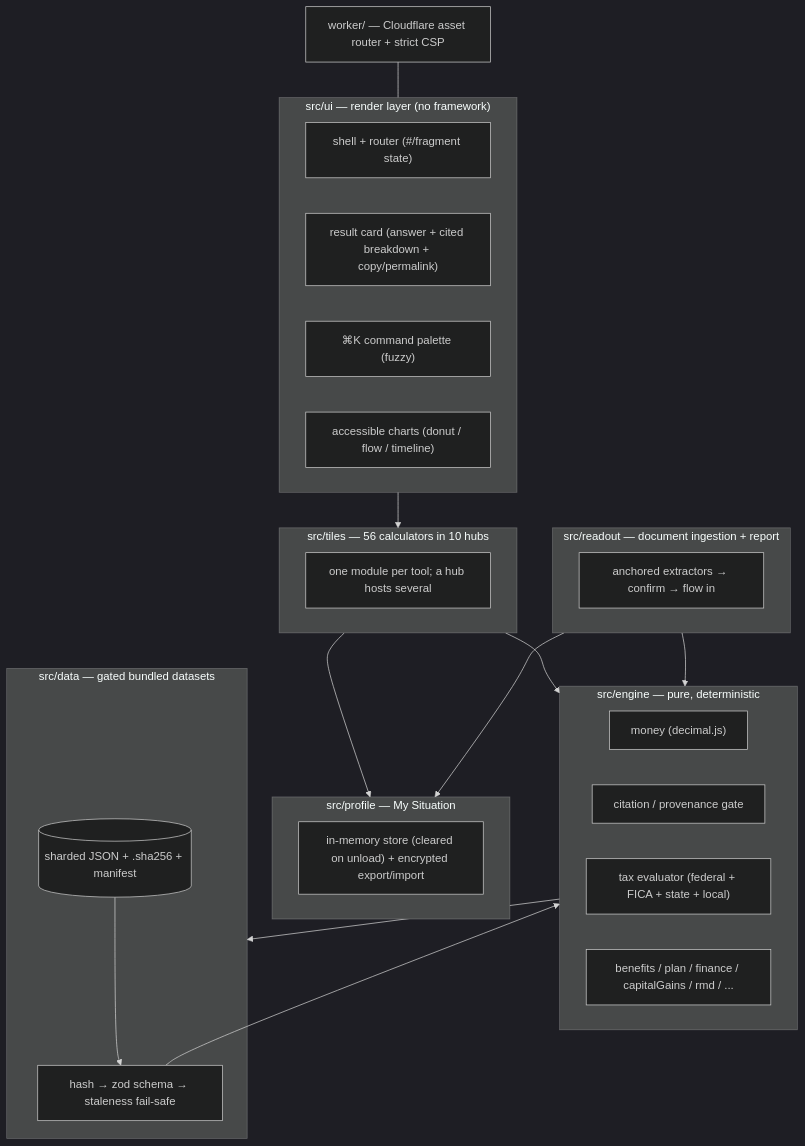
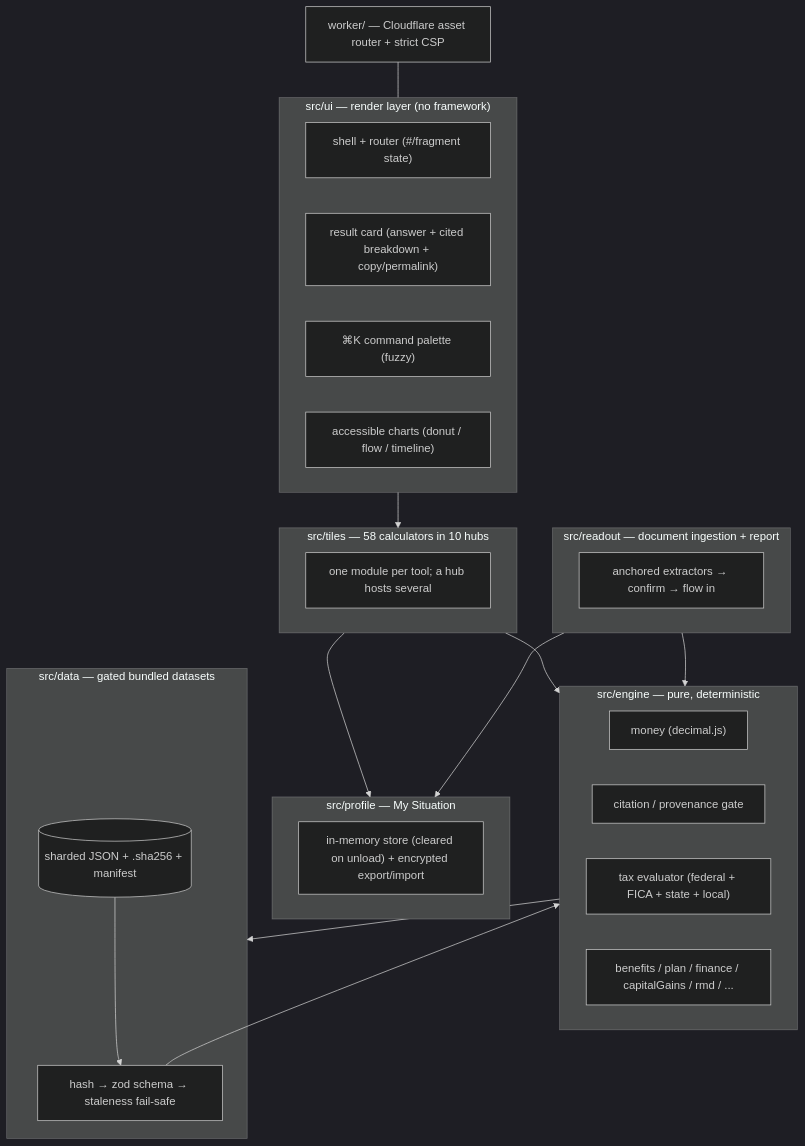
One commit to clay-good/enklayve changed the second of 6 diagrams in README.md. Above: the diagram before and after it, drawn with Mermaid (dark theme). The commit also changed other lines of this file and 32 other files, not shown here.

First line of the commit message:
Complete SPEC-3 §4 roadmap: kiddie tax, education credits, cross-links, sensitivity bands

````diff
--- a/README.md
+++ b/README.md
@@ -239,36 +241,36 @@
 ```mermaid
 flowchart TD
     subgraph UI["src/ui — render layer (no framework)"]
         SH["shell + router (#/fragment state)"]
         RC["result card (answer + cited breakdown + copy/permalink)"]
         CP["⌘K command palette (fuzzy)"]
         CH["accessible charts (donut / flow / timeline)"]
     end
-    subgraph TILES["src/tiles — 56 calculators in 10 hubs"]
+    subgraph TILES["src/tiles — 58 calculators in 10 hubs"]
         T1["one module per tool; a hub hosts several"]
     end
     subgraph PROFILE["src/profile — My Situation"]
         PS["in-memory store (cleared on unload) + encrypted export/import"]
     end
     subgraph READOUT["src/readout — document ingestion + report"]
         RX["anchored extractors → confirm → flow in"]
     end
     subgraph ENGINE["src/engine — pure, deterministic"]
         MN["money (decimal.js)"]
         CI["citation / provenance gate"]
         TAX["tax evaluator (federal + FICA + state + local)"]
         BEN["benefits / plan / finance / capitalGains / rmd / ..."]
     end
     subgraph DATA["src/data — gated bundled datasets"]
         LO["hash → zod schema → staleness fail-safe"]
         DS[("sharded JSON + .sha256 + manifest")]
     end
     TILES --> ENGINE
     READOUT --> ENGINE
     TILES --> PROFILE
     READOUT --> PROFILE
     UI --> TILES
     ENGINE --> DATA
     DS --> LO --> ENGINE
     WORKER["worker/ — Cloudflare asset router + strict CSP"] --- UI
 ```
````
